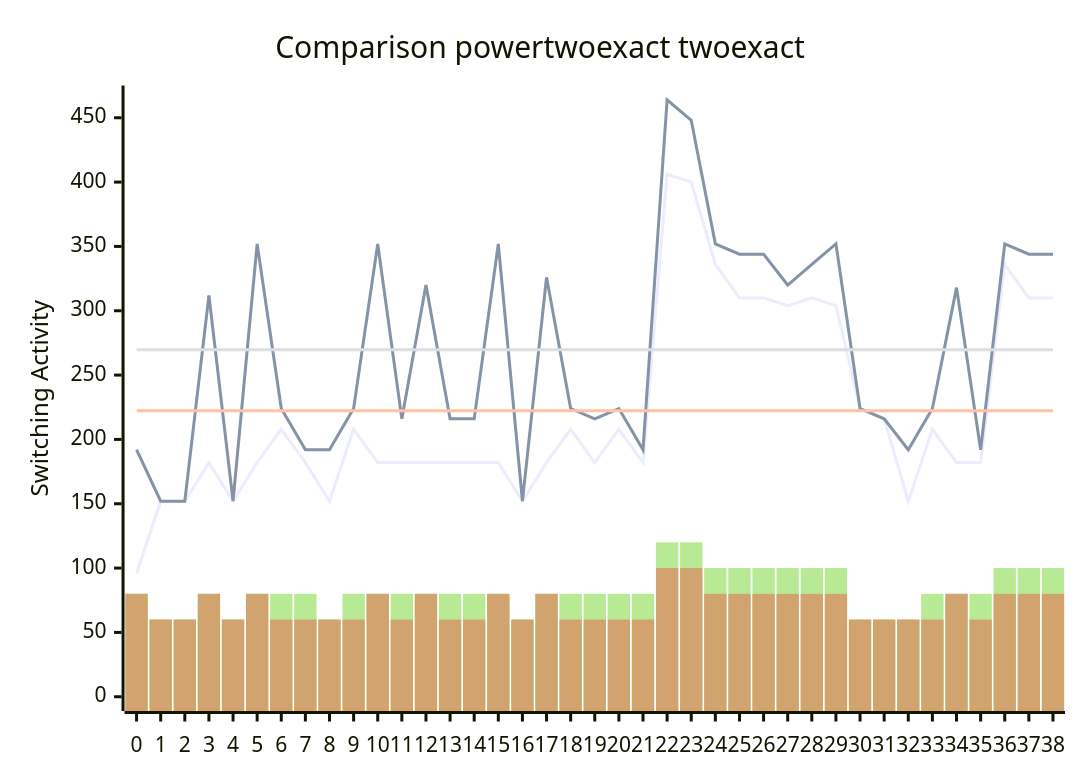
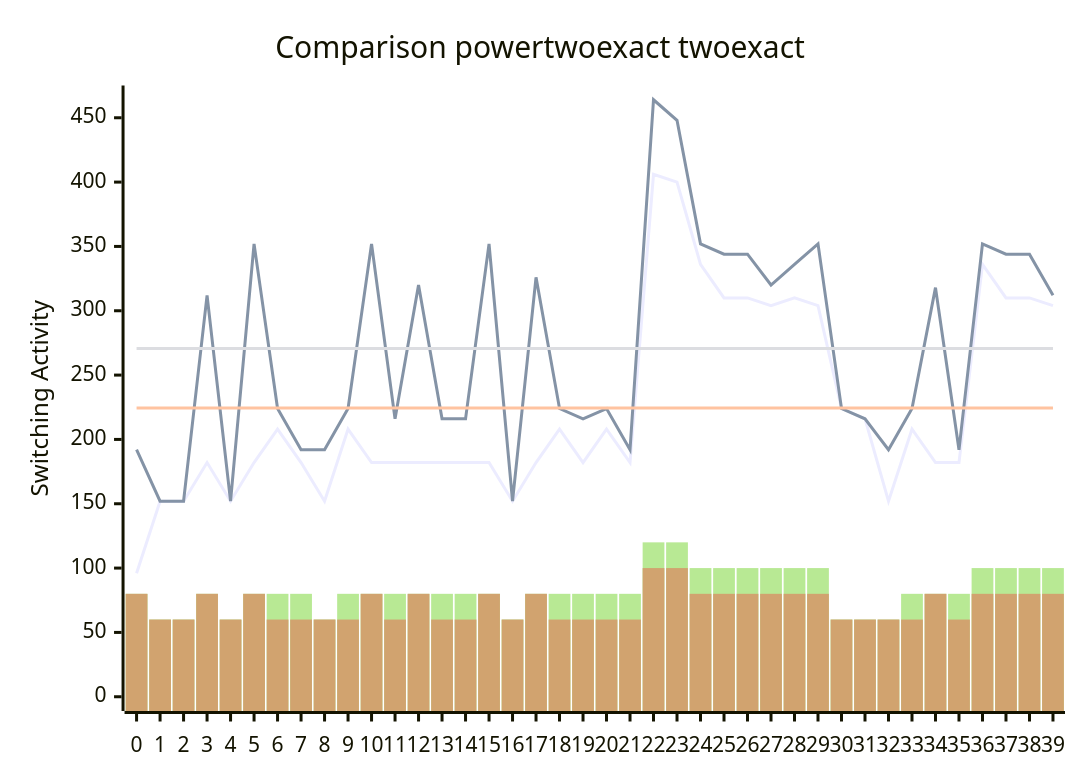
Before and after one commit to FeldmeierMichael/Exact-Power-Synthesis: the diagram in benchmark.md, drawn with Mermaid. The commit also changed other lines of this file and 2 other files, not shown here.

````diff
--- a/benchmark.md
+++ b/benchmark.md
@@ -79,12 +81,12 @@
 ```mermaid
 xychart-beta
     title "Comparison powertwoexact twoexact"
-    x-axis [0, 1, 2, 3, 4, 5, 6, 7, 8, 9, 10, 11, 12, 13, 14, 15, 16, 17, 18, 19, 20, 21, 22, 23, 24, 25, 26, 27, 28, 29, 30, 31, 32, 33, 34, 35, 36, 37, 38]
+    x-axis [0, 1, 2, 3, 4, 5, 6, 7, 8, 9, 10, 11, 12, 13, 14, 15, 16, 17, 18, 19, 20, 21, 22, 23, 24, 25, 26, 27, 28, 29, 30, 31, 32, 33, 34, 35, 36, 37, 38, 39]
     y-axis "Switching Activity" 0-->464
-    line [96, 152, 152, 182, 152, 182, 208, 182, 152, 208, 182, 182, 182, 182, 182, 182, 152, 182, 208, 182, 208, 182, 406, 400, 336, 310, 310, 304, 310, 304, 224, 216, 152, 208, 182, 182, 336, 310, 310]
-    line [192, 152, 152, 312, 152, 352, 224, 192, 192, 224, 352, 216, 320, 216, 216, 352, 152, 326, 224, 216, 224, 192, 464, 448, 352, 344, 344, 320, 336, 352, 224, 216, 192, 224, 318, 192, 352, 344, 344]
-    line [222.35897435897436, 222.35897435897436, 222.35897435897436, 222.35897435897436, 222.35897435897436, 222.35897435897436, 222.35897435897436, 222.35897435897436, 222.35897435897436, 222.35897435897436, 222.35897435897436, 222.35897435897436, 222.35897435897436, 222.35897435897436, 222.35897435897436, 222.35897435897436, 222.35897435897436, 222.35897435897436, 222.35897435897436, 222.35897435897436, 222.35897435897436, 222.35897435897436, 222.35897435897436, 222.35897435897436, 222.35897435897436, 222.35897435897436, 222.35897435897436, 222.35897435897436, 222.35897435897436, 222.35897435897436, 222.35897435897436, 222.35897435897436, 222.35897435897436, 222.35897435897436, 222.35897435897436, 222.35897435897436, 222.35897435897436, 222.35897435897436, 222.35897435897436]
-    line [269.64102564102564, 269.64102564102564, 269.64102564102564, 269.64102564102564, 269.64102564102564, 269.64102564102564, 269.64102564102564, 269.64102564102564, 269.64102564102564, 269.64102564102564, 269.64102564102564, 269.64102564102564, 269.64102564102564, 269.64102564102564, 269.64102564102564, 269.64102564102564, 269.64102564102564, 269.64102564102564, 269.64102564102564, 269.64102564102564, 269.64102564102564, 269.64102564102564, 269.64102564102564, 269.64102564102564, 269.64102564102564, 269.64102564102564, 269.64102564102564, 269.64102564102564, 269.64102564102564, 269.64102564102564, 269.64102564102564, 269.64102564102564, 269.64102564102564, 269.64102564102564, 269.64102564102564, 269.64102564102564, 269.64102564102564, 269.64102564102564, 269.64102564102564]
-    bar [80, 60, 60, 80, 60, 80, 80, 80, 60, 80, 80, 80, 80, 80, 80, 80, 60, 80, 80, 80, 80, 80, 120, 120, 100, 100, 100, 100, 100, 100, 60, 60, 60, 80, 80, 80, 100, 100, 100]
-    bar [80, 60, 60, 80, 60, 80, 60, 60, 60, 60, 80, 60, 80, 60, 60, 80, 60, 80, 60, 60, 60, 60, 100, 100, 80, 80, 80, 80, 80, 80, 60, 60, 60, 60, 80, 60, 80, 80, 80]
+    line [96, 152, 152, 182, 152, 182, 208, 182, 152, 208, 182, 182, 182, 182, 182, 182, 152, 182, 208, 182, 208, 182, 406, 400, 336, 310, 310, 304, 310, 304, 224, 216, 152, 208, 182, 182, 336, 310, 310, 304]
+    line [192, 152, 152, 312, 152, 352, 224, 192, 192, 224, 352, 216, 320, 216, 216, 352, 152, 326, 224, 216, 224, 192, 464, 448, 352, 344, 344, 320, 336, 352, 224, 216, 192, 224, 318, 192, 352, 344, 344, 312]
+    line [224.4, 224.4, 224.4, 224.4, 224.4, 224.4, 224.4, 224.4, 224.4, 224.4, 224.4, 224.4, 224.4, 224.4, 224.4, 224.4, 224.4, 224.4, 224.4, 224.4, 224.4, 224.4, 224.4, 224.4, 224.4, 224.4, 224.4, 224.4, 224.4, 224.4, 224.4, 224.4, 224.4, 224.4, 224.4, 224.4, 224.4, 224.4, 224.4, 224.4]
+    line [270.7, 270.7, 270.7, 270.7, 270.7, 270.7, 270.7, 270.7, 270.7, 270.7, 270.7, 270.7, 270.7, 270.7, 270.7, 270.7, 270.7, 270.7, 270.7, 270.7, 270.7, 270.7, 270.7, 270.7, 270.7, 270.7, 270.7, 270.7, 270.7, 270.7, 270.7, 270.7, 270.7, 270.7, 270.7, 270.7, 270.7, 270.7, 270.7, 270.7]
+    bar [80, 60, 60, 80, 60, 80, 80, 80, 60, 80, 80, 80, 80, 80, 80, 80, 60, 80, 80, 80, 80, 80, 120, 120, 100, 100, 100, 100, 100, 100, 60, 60, 60, 80, 80, 80, 100, 100, 100, 100]
+    bar [80, 60, 60, 80, 60, 80, 60, 60, 60, 60, 80, 60, 80, 60, 60, 80, 60, 80, 60, 60, 60, 60, 100, 100, 80, 80, 80, 80, 80, 80, 60, 60, 60, 60, 80, 60, 80, 80, 80, 80]
 ```
````
